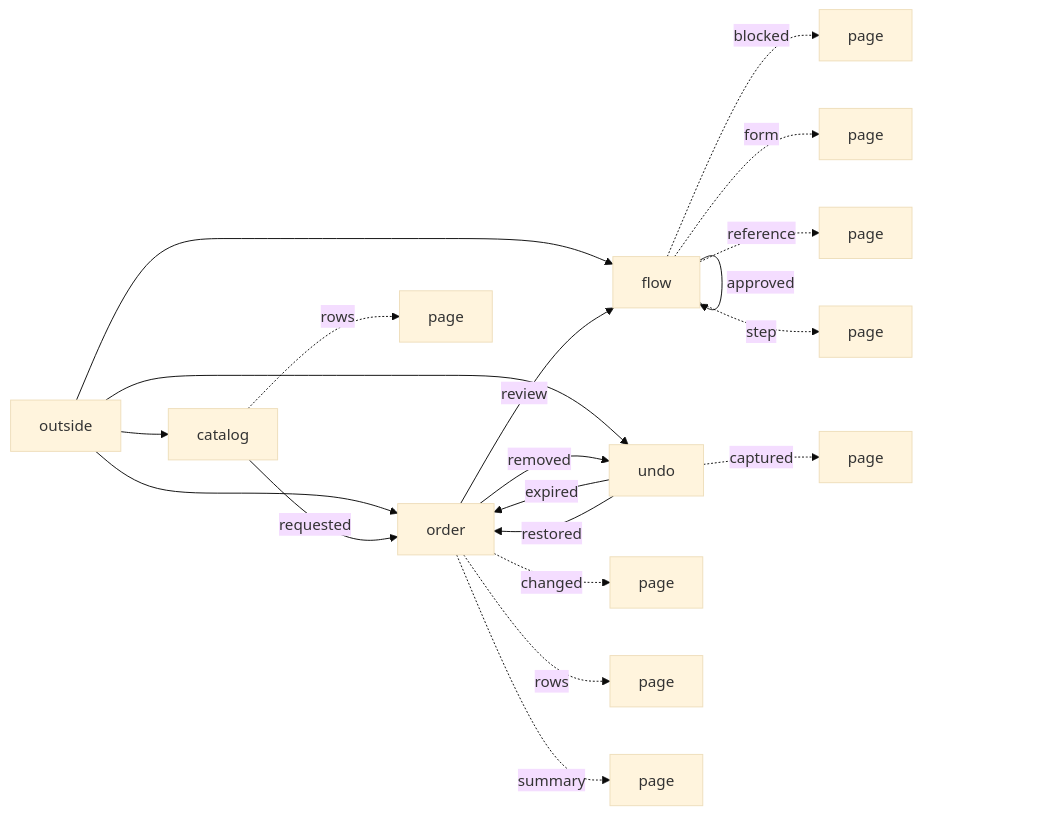
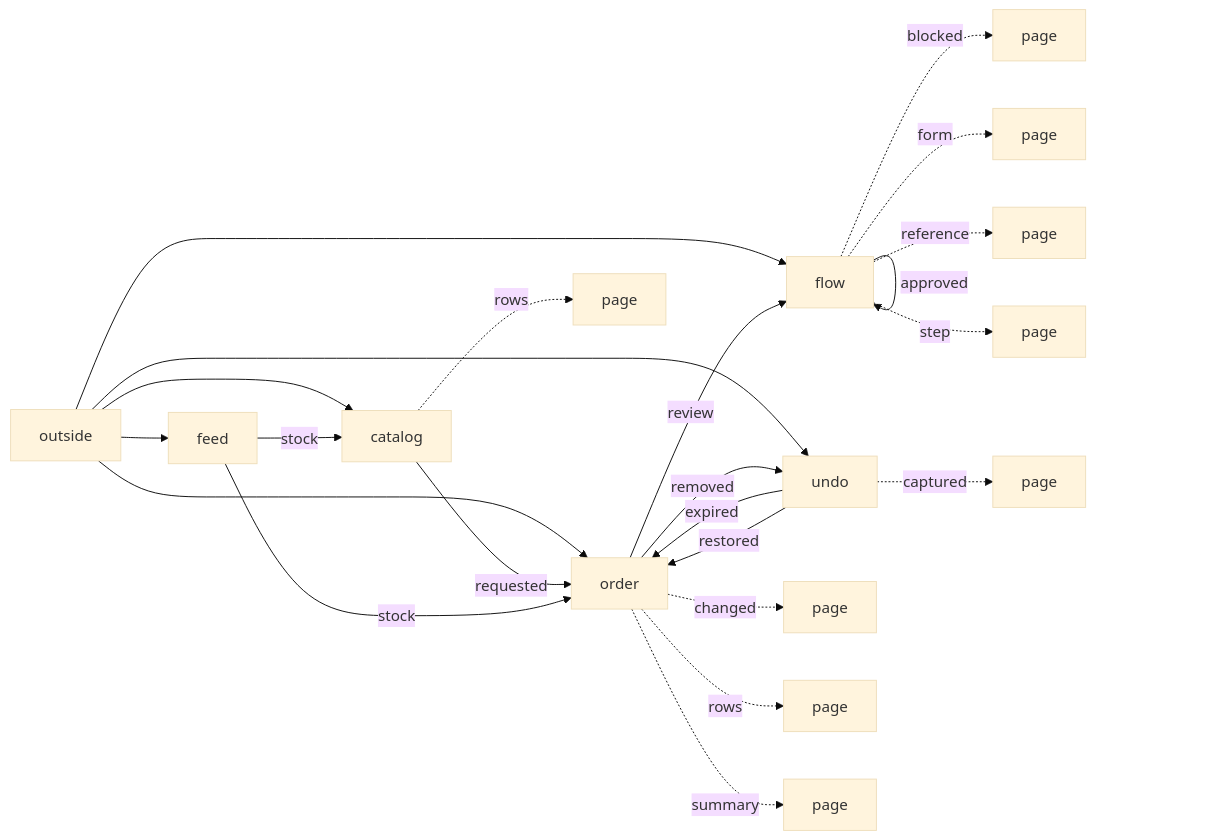
The diagram in v50-plain-liveview/docs/diagrams/running/portal_live_show.md (modellurgist/ala_variants_elixir), drawn with Mermaid (base theme) before and after one commit. The commit also changed 2760 other files, not shown here.

````diff
--- a/v50-plain-liveview/docs/diagrams/running/portal_live_show.md
+++ b/v50-plain-liveview/docs/diagrams/running/portal_live_show.md
@@ -3,22 +3,25 @@
 ```mermaid
 flowchart LR
   outside --> catalog
+  outside --> feed
   outside --> flow
   outside --> order
   outside --> undo
   catalog -->|"requested"| order
   catalog -.->|"rows"| page_catalog_rows[page]
+  feed -->|"stock"| catalog
+  feed -->|"stock"| order
   flow -->|"approved"| flow
   flow -.->|"blocked"| page_flow_blocked[page]
   flow -.->|"form"| page_flow_form[page]
   flow -.->|"reference"| page_flow_reference[page]
   flow -.->|"step"| page_flow_step[page]
   order -.->|"changed"| page_order_changed[page]
   order -->|"removed"| undo
   order -->|"review"| flow
   order -.->|"rows"| page_order_rows[page]
   order -.->|"summary"| page_order_summary[page]
   undo -.->|"captured"| page_undo_captured[page]
   undo -->|"expired"| order
   undo -->|"restored"| order
 ```
````
